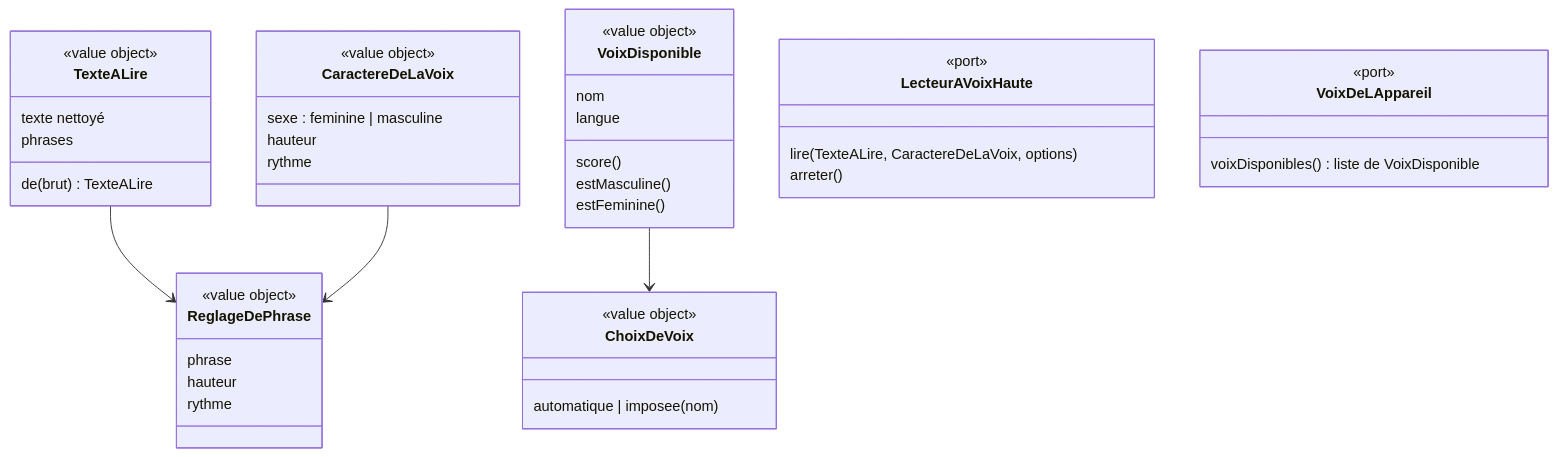
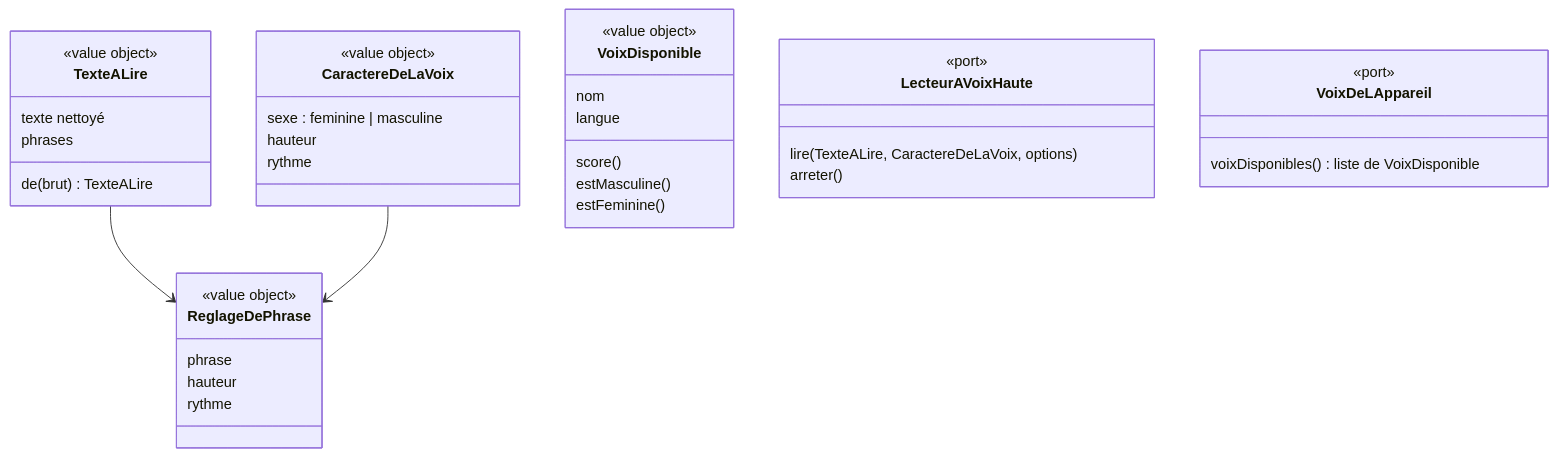
The diagram in docs/stories/7/domain-model.md (SBA-dev/github-move), drawn with Mermaid before and after one commit. The commit also changed other lines of this file and 4 other files, not shown here.

````diff
--- a/docs/stories/7/domain-model.md
+++ b/docs/stories/7/domain-model.md
@@ -62,45 +70,40 @@
 ```mermaid
 classDiagram
   class TexteALire {
     <<value object>>
     texte nettoyé
     phrases
     de(brut) TexteALire
   }
   class CaractereDeLaVoix {
     <<value object>>
     sexe : feminine | masculine
     hauteur
     rythme
   }
   class VoixDisponible {
     <<value object>>
     nom
     langue
     score()
     estMasculine()
     estFeminine()
   }
-  class ChoixDeVoix {
-    <<value object>>
-    automatique | imposee(nom)
-  }
   class ReglageDePhrase {
     <<value object>>
     phrase
     hauteur
     rythme
   }
   class LecteurAVoixHaute {
     <<port>>
     lire(TexteALire, CaractereDeLaVoix, options)
     arreter()
   }
   class VoixDeLAppareil {
     <<port>>
     voixDisponibles() liste de VoixDisponible
   }
   TexteALire --> ReglageDePhrase
   CaractereDeLaVoix --> ReglageDePhrase
-  VoixDisponible --> ChoixDeVoix
 ```
````
